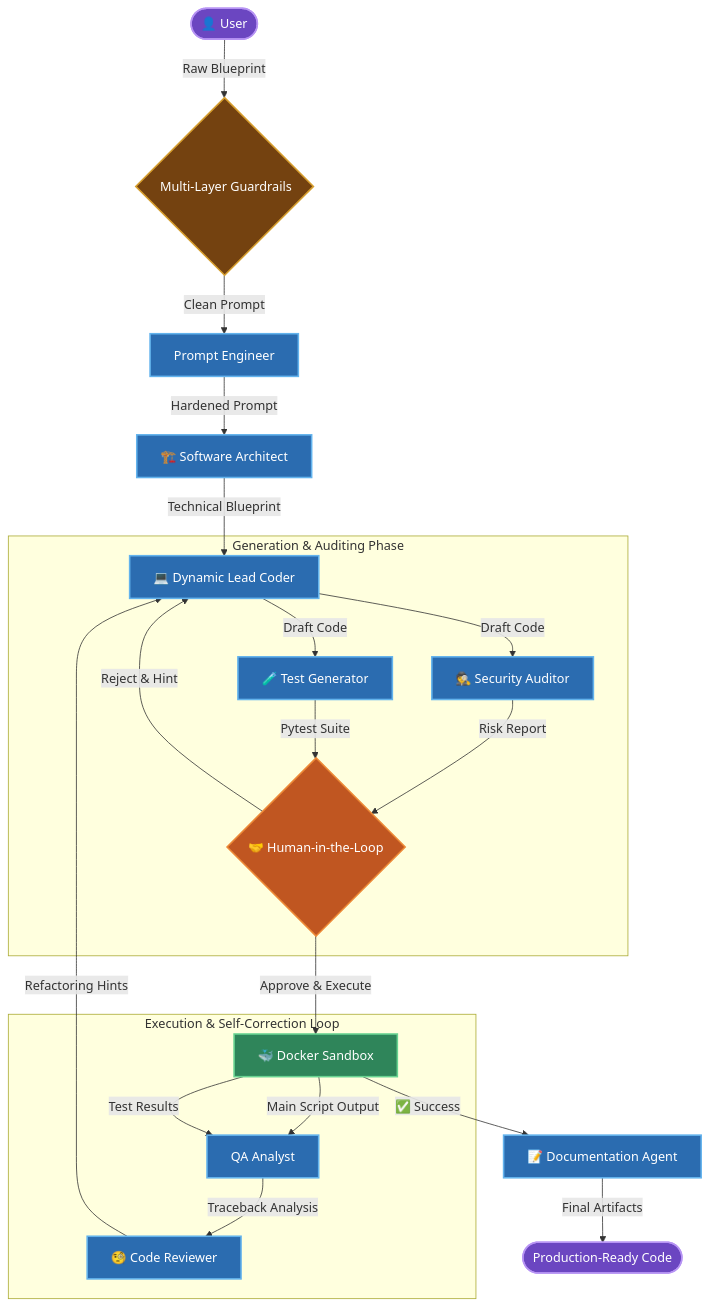
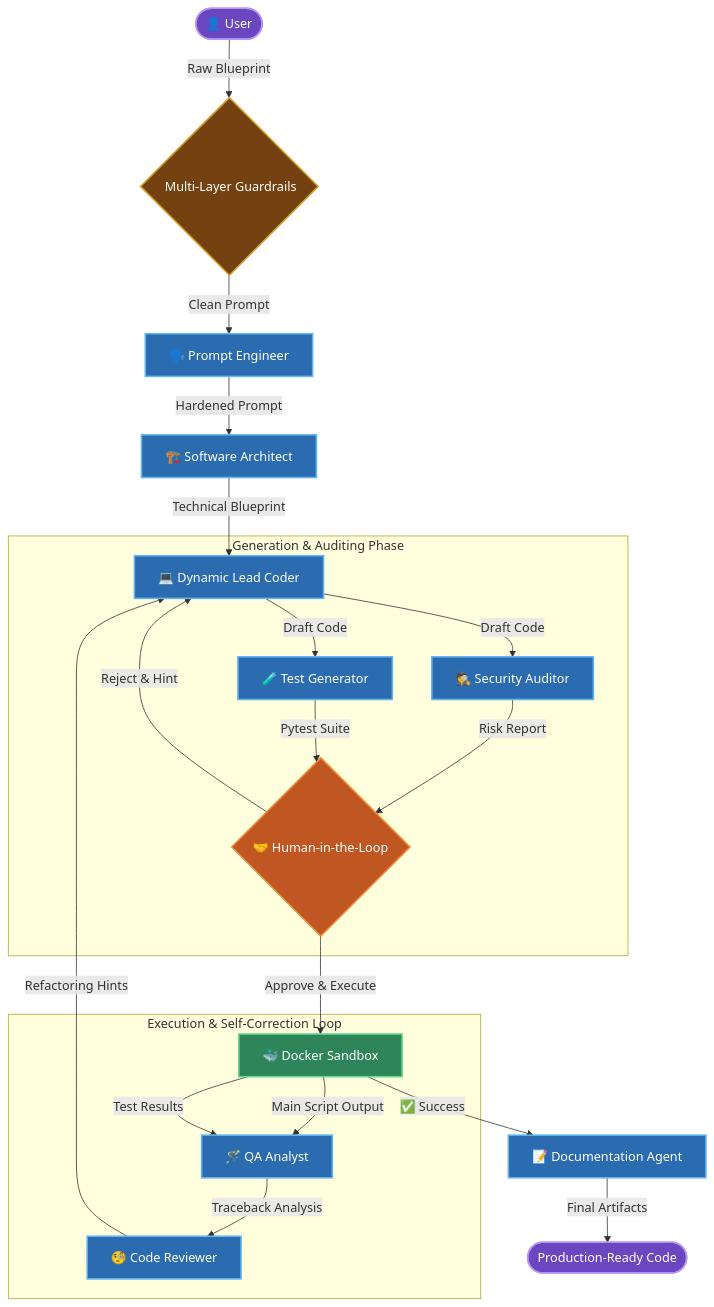
One commit to subair99/qwen-dev-swarm changed the diagram in README.md. Above: the diagram before and after it, drawn with Mermaid. The commit also changed other lines of this file, not shown here.

````diff
--- a/README.md
+++ b/README.md
@@ -105,41 +105,41 @@
 ```mermaid
 graph TD
     User([👤 User]) -->|Raw Blueprint| Guardrails{️ Multi-Layer Guardrails}
-    Guardrails -->|Clean Prompt| PE[ Prompt Engineer]
+    Guardrails -->|Clean Prompt| PE[🗣️ Prompt Engineer]
     PE -->|Hardened Prompt| Arch[🏗️ Software Architect]
     Arch -->|Technical Blueprint| Coder[💻 Dynamic Lead Coder]
     
     subgraph Generation & Auditing Phase
         Coder -->|Draft Code| Sec[🕵️ Security Auditor]
         Coder -->|Draft Code| TestGen[🧪 Test Generator]
         Sec -->|Risk Report| HITL
         TestGen -->|Pytest Suite| HITL
     end
 
     HITL{🤝 Human-in-the-Loop}
     HITL -->|Reject & Hint| Coder
     HITL -->|Approve & Execute| Sandbox[🐳 Docker Sandbox]
     
     subgraph Execution & Self-Correction Loop
-        Sandbox -->|Main Script Output| QA[ QA Analyst]
+        Sandbox -->|Main Script Output| QA[🪄 QA Analyst]
         Sandbox -->|Test Results| QA
         QA -->|Traceback Analysis| CR[🧐 Code Reviewer]
         CR -->|Refactoring Hints| Coder
     end
     
     Sandbox -->|✅ Success| Doc[📝 Documentation Agent]
     Doc -->|Final Artifacts| Output([ Production-Ready Code])
 
     %% Styling for visual clarity
     classDef agent fill:#2b6cb0,stroke:#63b3ed,color:#fff,stroke-width:2px;
     classDef human fill:#c05621,stroke:#ed8936,color:#fff,stroke-width:2px;
     classDef sandbox fill:#2f855a,stroke:#68d391,color:#fff,stroke-width:2px;
     classDef user fill:#6b46c1,stroke:#b794f4,color:#fff,stroke-width:2px;
     classDef guard fill:#744210,stroke:#d69e2e,color:#fff,stroke-width:2px;
     
     class PE,Arch,Coder,Sec,TestGen,QA,CR,Doc agent;
     class HITL human;
     class Sandbox sandbox;
     class User,Output user;
     class Guardrails guard;
 ```
````
